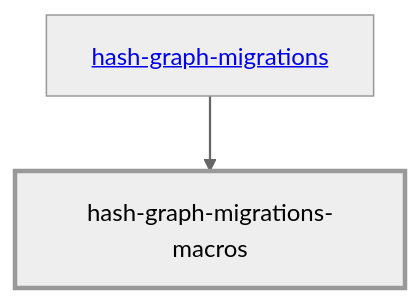
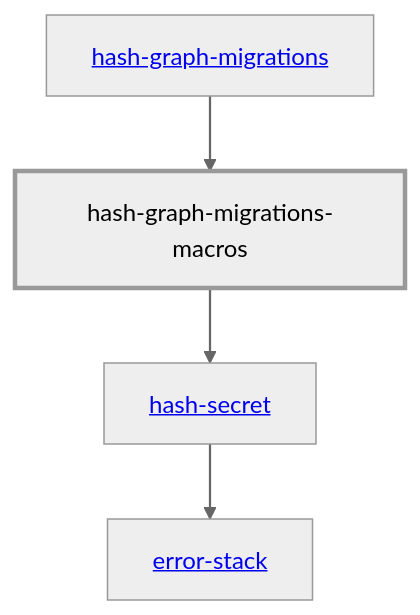
The diagram in libs/@local/graph/migrations-macros/docs/dependency-diagram.mmd (hashintel/hash), drawn with Mermaid (neutral theme) before and after one commit. The commit also changed 13 other files, not shown here.

Commit message:
Replace sha2 with hash-secret's SHA-256

```diff
--- a/libs/@local/graph/migrations-macros/docs/dependency-diagram.mmd
+++ b/libs/@local/graph/migrations-macros/docs/dependency-diagram.mmd
@@ -1,14 +1,18 @@
 graph TD
     linkStyle default stroke-width:1.5px
     classDef default stroke-width:1px
     classDef root stroke-width:3px
     classDef dev stroke-width:1px
     classDef build stroke-width:1px
     %% Legend
     %% --> : Normal dependency
     %% -.-> : Dev dependency
     %% ---> : Build dependency
     0[<a href="../hash_graph_migrations/index.html">hash-graph-migrations</a>]
     1[hash-graph-migrations-macros]
     class 1 root
+    2[<a href="../hash_secret/index.html">hash-secret</a>]
+    3[<a href="../error_stack/index.html">error-stack</a>]
     0 --> 1
+    1 --> 2
+    2 --> 3
```
